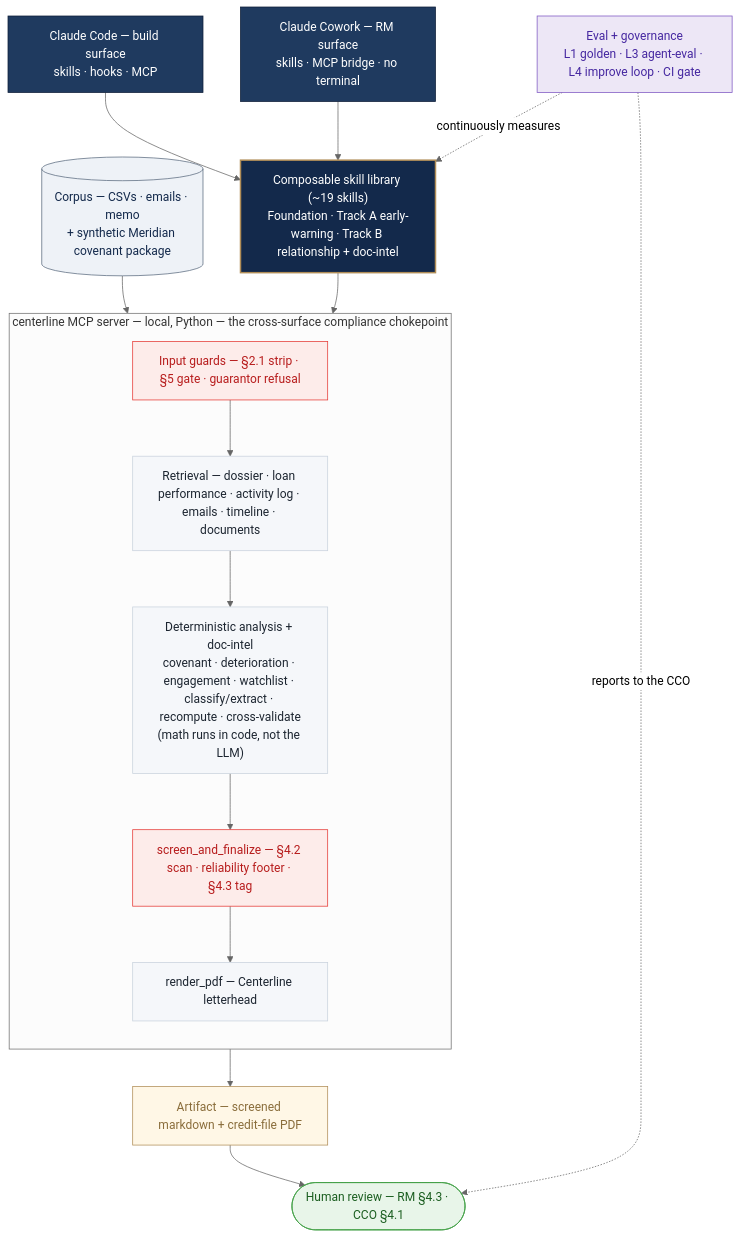
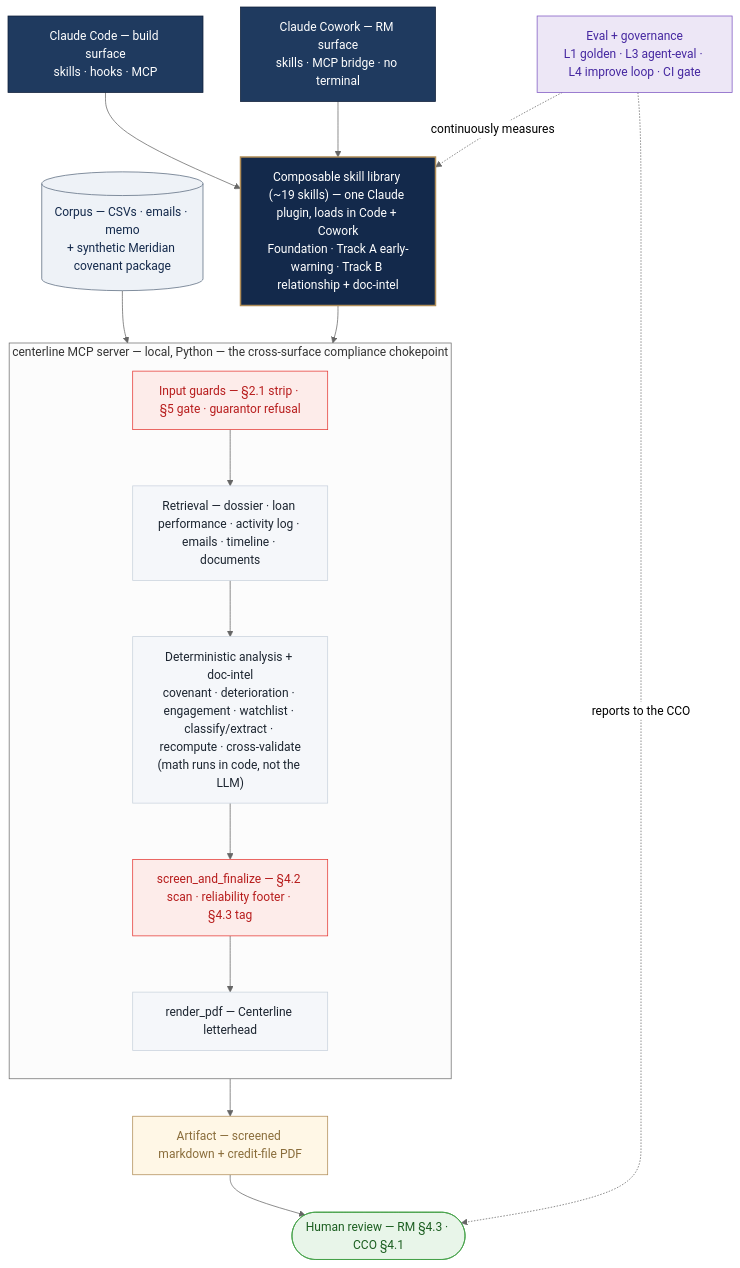
The diagram in README.md (benichou/centerline-claude-pilot), drawn with Mermaid (neutral theme) before and after one commit. The commit also changed other lines of this file and 7 other files, not shown here.

````diff
--- a/README.md
+++ b/README.md
@@ -50,38 +50,38 @@
 ```mermaid
 flowchart TB
   Code["Claude Code — build surface<br/>skills · hooks · MCP"]:::surf
   Cowork["Claude Cowork — RM surface<br/>skills · MCP bridge · no terminal"]:::surf
 
-  Skills["Composable skill library (~19 skills)<br/>Foundation · Track A early-warning · Track B relationship + doc-intel"]:::skill
+  Skills["Composable skill library (~19 skills) — one Claude plugin, loads in Code + Cowork<br/>Foundation · Track A early-warning · Track B relationship + doc-intel"]:::skill
 
   subgraph MCPS["centerline MCP server — local, Python — the cross-surface compliance chokepoint"]
     direction TB
     Guard["Input guards — §2.1 strip · §5 gate · guarantor refusal"]:::guard
     Ret["Retrieval — dossier · loan performance · activity log · emails · timeline · documents"]:::tool
     Det["Deterministic analysis + doc-intel<br/>covenant · deterioration · engagement · watchlist · classify/extract · recompute · cross-validate<br/>(math runs in code, not the LLM)"]:::tool
     Screen["screen_and_finalize — §4.2 scan · reliability footer · §4.3 tag"]:::guard
     Render["render_pdf — Centerline letterhead"]:::tool
   end
 
   Data[("Corpus — CSVs · emails · memo<br/>+ synthetic Meridian covenant package")]:::data
   Out["Artifact — screened markdown + credit-file PDF"]:::out
   Human(["Human review — RM §4.3 · CCO §4.1"]):::human
   Eval["Eval + governance<br/>L1 golden · L3 agent-eval · L4 improve loop · CI gate"]:::eval
 
   Code --> Skills
   Cowork --> Skills
   Data --> Guard
   Skills --> Guard
   Guard --> Ret --> Det --> Screen --> Render --> Out --> Human
   Eval -. continuously measures .-> Skills
   Eval -. reports to the CCO .-> Human
 
   classDef surf fill:#1F3A5F,color:#ffffff,stroke:#0E1E38;
   classDef skill fill:#13294B,color:#ffffff,stroke:#B08D57,stroke-width:2px;
   classDef guard fill:#fdecea,color:#b71c1c,stroke:#e53935;
   classDef tool fill:#f5f7fa,color:#1c2530,stroke:#c9d2dd;
   classDef data fill:#eef2f7,color:#13294b,stroke:#5b6b7f;
   classDef out fill:#fff7e6,color:#8a6d3b,stroke:#B08D57;
   classDef human fill:#e8f5e9,color:#1b5e20,stroke:#43a047;
   classDef eval fill:#ede7f6,color:#4527a0,stroke:#7e57c2;
 ```
````
